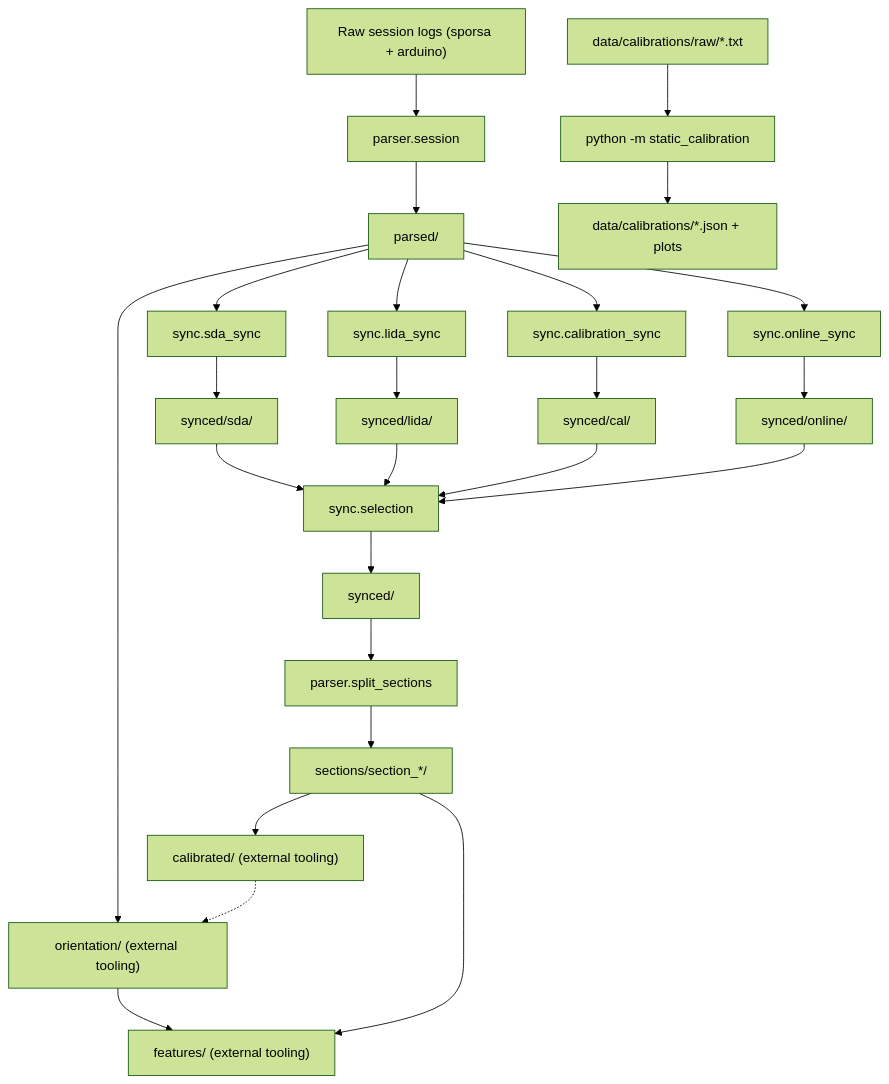
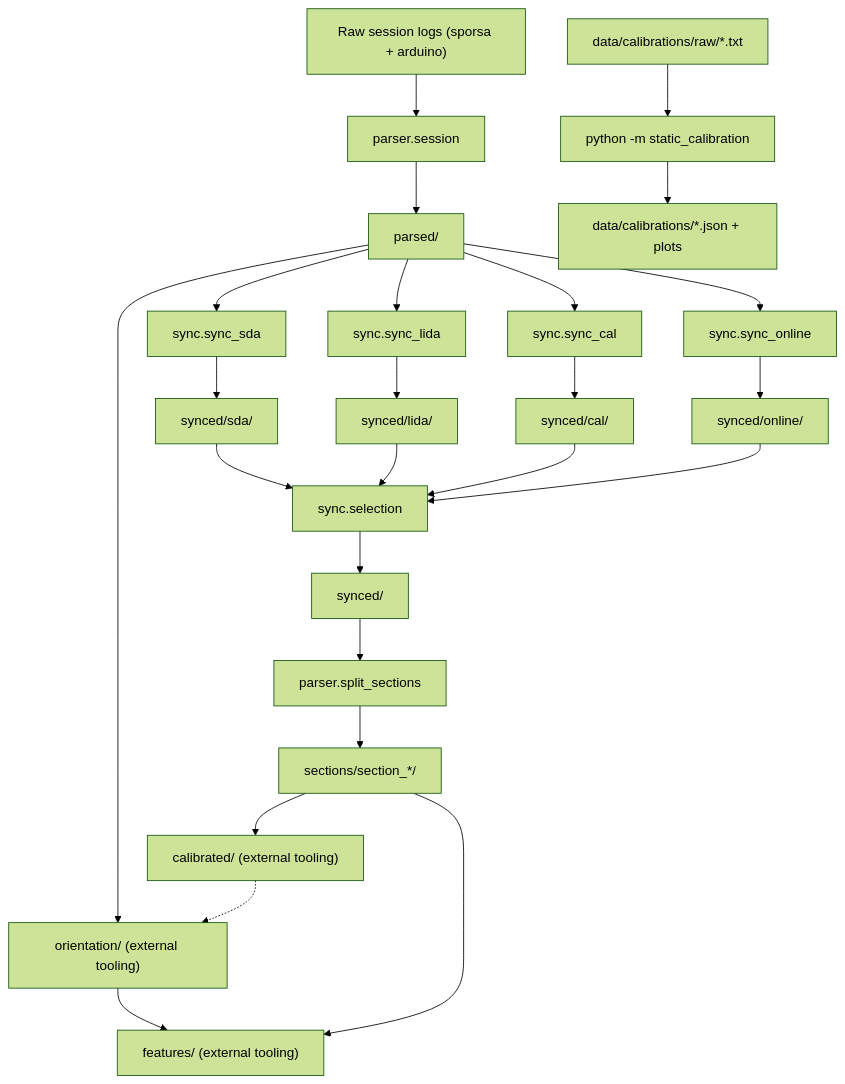
The diagram in analysis/README.md (xanderdurieux/multi-imu), drawn with Mermaid (forest theme) before and after one commit. The commit also changed other lines of this file and 17 other files, not shown here.

````diff
--- a/analysis/README.md
+++ b/analysis/README.md
@@ -367,24 +367,24 @@
 ```mermaid
 flowchart TD
   rawSession["Raw session logs (sporsa + arduino)"] --> parseSession["parser.session"]
   parseSession --> parsedStage["parsed/"]
-  parsedStage --> syncSDA["sync.sda_sync"]
-  parsedStage --> syncLIDA["sync.lida_sync"]
-  parsedStage --> syncCal["sync.calibration_sync"]
-  parsedStage --> syncOnline["sync.online_sync"]
+  parsedStage --> syncSDA["sync.sync_sda"]
+  parsedStage --> syncLIDA["sync.sync_lida"]
+  parsedStage --> syncCal["sync.sync_cal"]
+  parsedStage --> syncOnline["sync.sync_online"]
   syncSDA --> syncedSDA["synced/sda/"]
   syncLIDA --> syncedLida["synced/lida/"]
   syncCal --> syncedCal["synced/cal/"]
   syncOnline --> syncedOnline["synced/online/"]
   syncedSDA & syncedLida & syncedCal & syncedOnline --> selection["sync.selection"]
   selection --> syncedBest["synced/"]
   syncedBest --> splitSections["parser.split_sections"]
   splitSections --> sectionsStage["sections/section_*/"]
   sectionsStage --> optionalCal["calibrated/ (external tooling)"]
   parsedStage --> optionalOri["orientation/ (external tooling)"]
   optionalCal -.-> optionalOri
   optionalOri --> optionalFeat["features/ (external tooling)"]
   sectionsStage --> optionalFeat
   rawCalib["data/calibrations/raw/*.txt"] --> staticCal["python -m static_calibration"]
   staticCal --> calibOut["data/calibrations/*.json + plots"]
 ```
````
